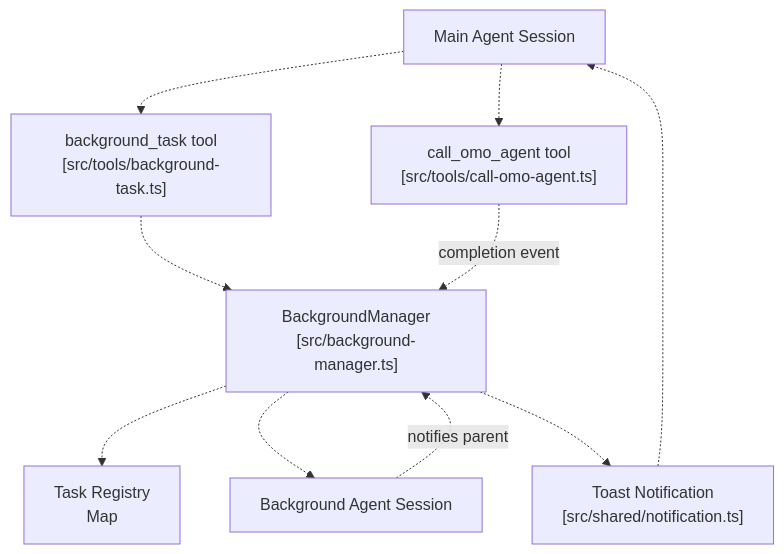
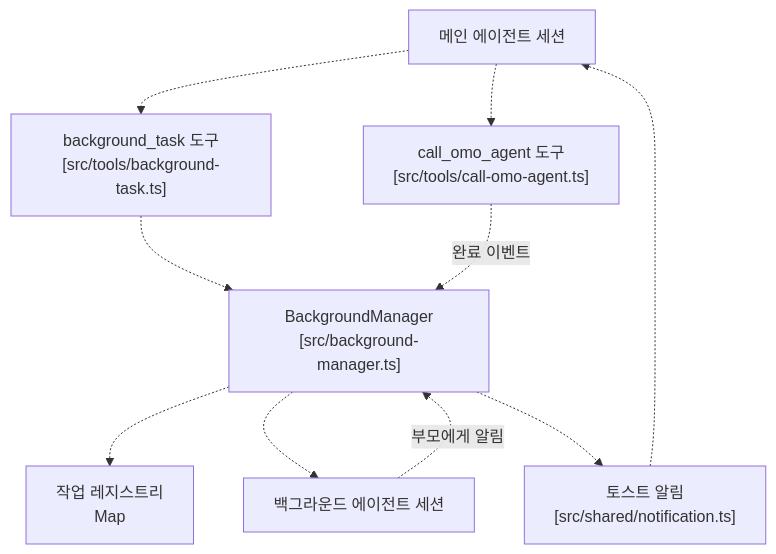
Diagram 12 of 14 in docs/index.md (felipetruman/oh-my-opencode-docs), drawn with Mermaid before and after one commit. The commit also changed other lines of this file and 76 other files, not shown here.

````diff
--- a/docs/index.md
+++ b/docs/index.md
@@ -790,21 +749,21 @@
 ```mermaid
 flowchart TD
 
-MainAgent["Main Agent Session"]
-BgTask["background_task tool<br>[src/tools/background-task.ts]"]
-CallAgent["call_omo_agent tool<br>[src/tools/call-omo-agent.ts]"]
+MainAgent["메인 에이전트 세션"]
+BgTask["background_task 도구<br>[src/tools/background-task.ts]"]
+CallAgent["call_omo_agent 도구<br>[src/tools/call-omo-agent.ts]"]
 BgManager["BackgroundManager<br>[src/background-manager.ts]"]
-TaskRegistry["Task Registry<br>Map"]
-SubSession["Background Agent Session"]
-Notification["Toast Notification<br>[src/shared/notification.ts]"]
+TaskRegistry["작업 레지스트리<br>Map"]
+SubSession["백그라운드 에이전트 세션"]
+Notification["토스트 알림<br>[src/shared/notification.ts]"]
 
 MainAgent -.-> BgTask
 MainAgent -.-> CallAgent
 BgTask -.-> BgManager
-CallAgent -.->|"completion event"| BgManager
+CallAgent -.->|"완료 이벤트"| BgManager
 BgManager -.-> TaskRegistry
 BgManager -.-> SubSession
-SubSession -.->|"notifies parent"| BgManager
+SubSession -.->|"부모에게 알림"| BgManager
 BgManager -.-> Notification
 Notification -.-> MainAgent
 ```
````
